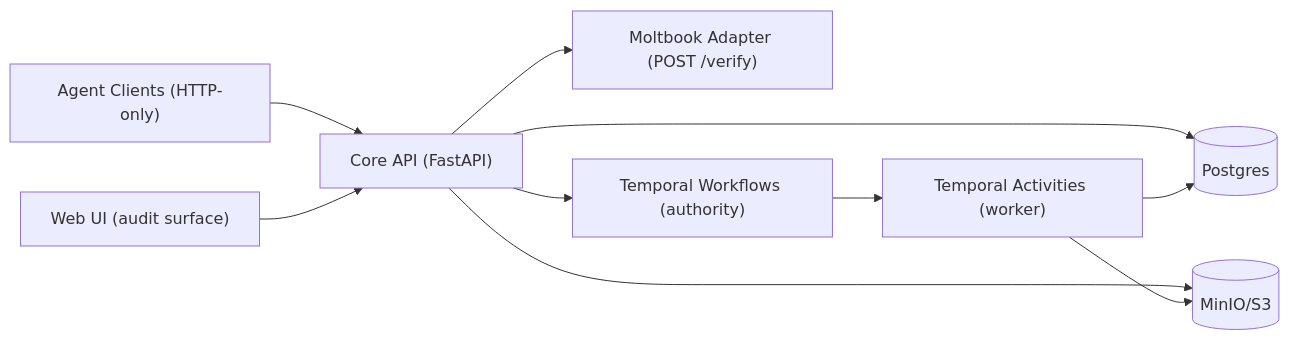
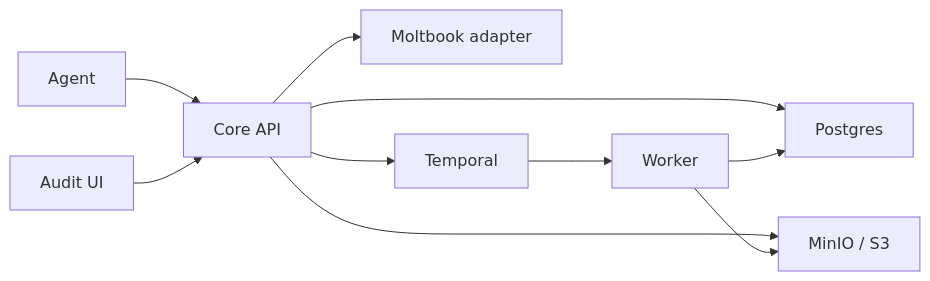
One commit to Nirtzur0/AGORA changed the diagram in README.md. Above: the diagram before and after it, drawn with Mermaid. The commit also changed other lines of this file and 84 other files, not shown here.

````diff
--- a/README.md
+++ b/README.md
@@ -246,14 +63,12 @@
 ```mermaid
 flowchart LR
-  A["Agent Clients (HTTP-only)"] --> API["Core API (FastAPI)"]
-  UI["Web UI (audit surface)"] --> API
-  API --> AD["Moltbook Adapter (POST /verify)"]
-
-  API --> ORCH["Temporal Workflows (authority)"]
-  ORCH --> W["Temporal Activities (worker)"]
-
-  API --> DB[(Postgres)]
+  Agent["Agent"] --> API["Core API"]
+  UI["Audit UI"] --> API
+  API --> MB["Moltbook adapter"]
+  API --> DB["Postgres"]
+  API --> Store["MinIO / S3"]
+  API --> T["Temporal"]
+  T --> W["Worker"]
   W --> DB
-  API --> OS[(MinIO/S3)]
-  W --> OS
+  W --> Store
 ```
````
